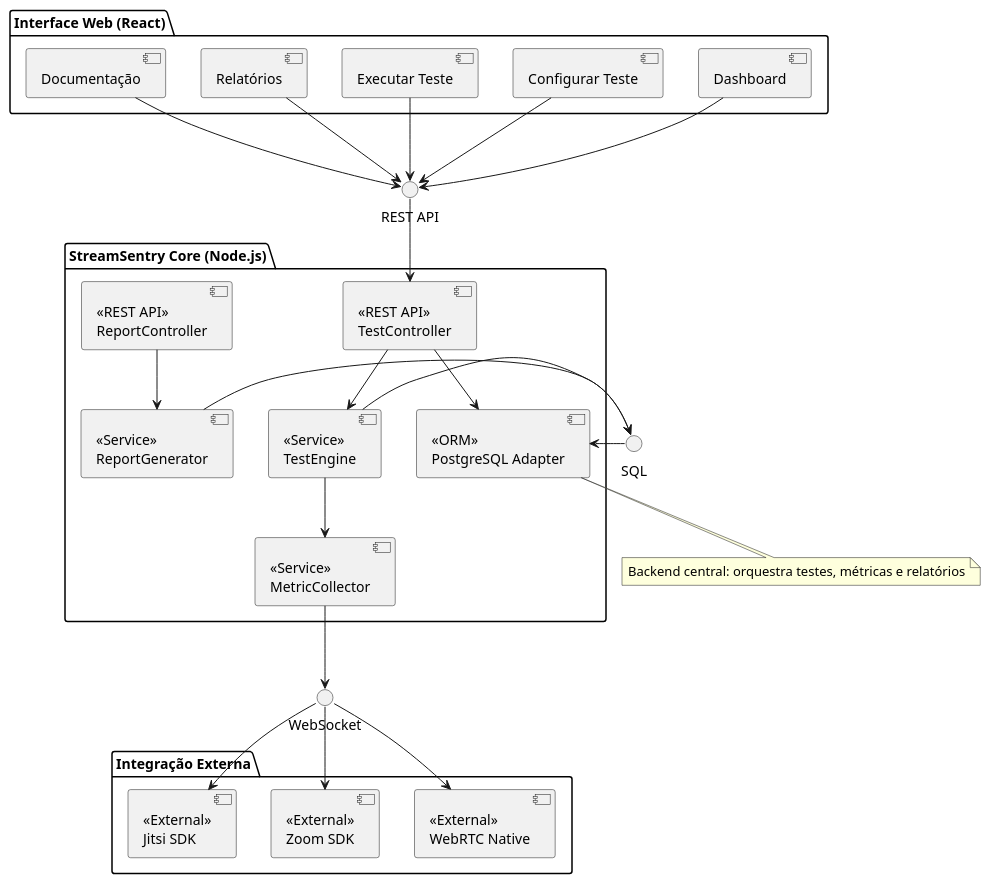
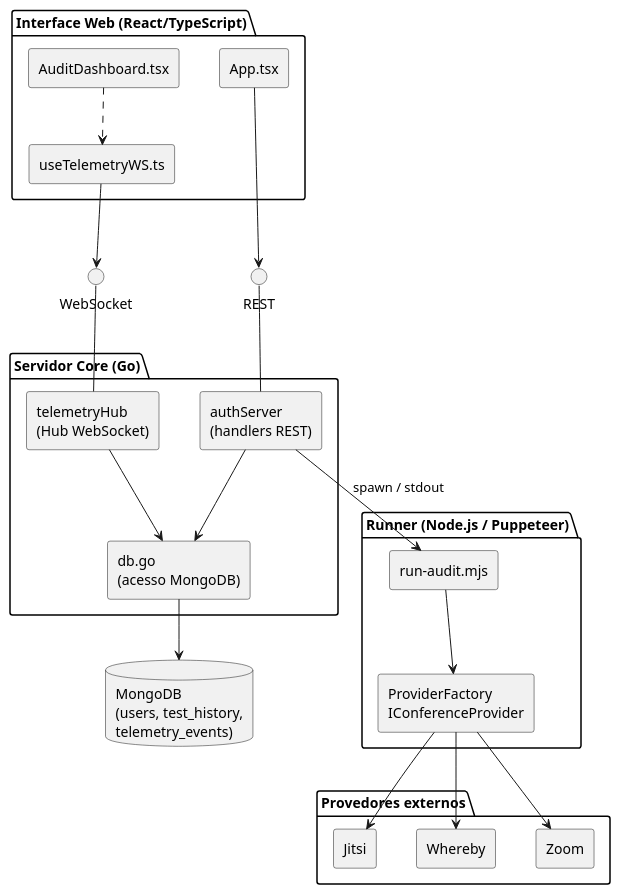
One commit to ICEI-PUC-Minas-PPLES-TI/plf-es-2025-2-tcci-0393100-dev-rafael-parreira changed the diagram in Artefatos/DiagramaDeComponentes.puml. Above: the diagram before and after it, drawn with PlantUML. The commit also changed 9 other files, not shown here.

First line of the commit message:
docs(diagramas): atualiza arquitetura, componentes, implantação e comunicação para o sistema real

```diff
--- a/Artefatos/DiagramaDeComponentes.puml
+++ b/Artefatos/DiagramaDeComponentes.puml
@@ -1,59 +1,53 @@
 @startuml
+skinparam componentStyle rectangle
+skinparam shadowing false
+skinparam ranksep 55
+skinparam nodesep 40
 
-interface "REST API" as RestApi
-interface "SQL" as SQL
-interface "WebSocket" as WebSocket
+interface "REST" as IREST
+interface "WebSocket" as IWS
 
-package "Interface Web (React)" {
-  [Dashboard]
-  [Configurar Teste]
-  [Executar Teste]
-  [Relatórios]
-  [Documentação]
+package "Interface Web (React/TypeScript)" {
+  [App.tsx] as App
+  [AuditDashboard.tsx] as Dash
+  [useTelemetryWS.ts] as WSClient
 }
 
-package "StreamSentry Core (Node.js)" {
-  [<<REST API>>\nTestController] as TestController
-  [<<REST API>>\nReportController] as ReportController
-  [<<Service>>\nTestEngine] as TestEngine
-  [<<Service>>\nMetricCollector] as MetricCollector
-  [<<Service>>\nReportGenerator] as ReportGenerator
-  [<<ORM>>\nPostgreSQL Adapter] as OrmAdapter
+package "Servidor Core (Go)" {
+  [authServer\n(handlers REST)] as Core
+  [telemetryHub\n(Hub WebSocket)] as Hub
+  [db.go\n(acesso MongoDB)] as DBaccess
 }
 
-package "Integração Externa" {
-  [<<External>>\nWebRTC Native] as WebRTC
-  [<<External>>\nZoom SDK] as Zoom
-  [<<External>>\nJitsi SDK] as Jitsi
+package "Runner (Node.js / Puppeteer)" {
+  [run-audit.mjs] as Runner
+  [ProviderFactory\nIConferenceProvider] as Providers
 }
 
-[Dashboard] --> RestApi
-[Configurar Teste] --> RestApi
-[Executar Teste] --> RestApi
-[Relatórios] --> RestApi
-[Documentação] --> RestApi
+database "MongoDB\n(users, test_history,\ntelemetry_events)" as Mongo
 
-RestApi --> TestController
+package "Provedores externos" {
+  [Jitsi]
+  [Whereby]
+  [Zoom]
+}
 
-TestEngine -D-> SQL
-ReportGenerator -R-> SQL
+' Frontend -> Core (interfaces REST e WebSocket)
+Dash ..> WSClient
+App --> IREST
+WSClient --> IWS
+IREST -- Core
+IWS -- Hub
 
-SQL --> OrmAdapter
+' Core: persistência e orquestração
+Core --> DBaccess
+Hub --> DBaccess
+DBaccess --> Mongo
+Core --> Runner : spawn / stdout
 
-TestController --> TestEngine
-TestController --> OrmAdapter
-
-ReportController --> ReportGenerator
-
-TestEngine --> MetricCollector
-
-MetricCollector --> WebSocket
-
-WebSocket --> WebRTC
-WebSocket --> Zoom
-WebSocket --> Jitsi
-
-note "Backend central: orquestra testes, métricas e relatórios" as N1
-OrmAdapter .. N1
-
+' Runner -> provedores via Strategy/Factory
+Runner --> Providers
+Providers --> [Jitsi]
+Providers --> [Whereby]
+Providers --> [Zoom]
 @enduml
```
